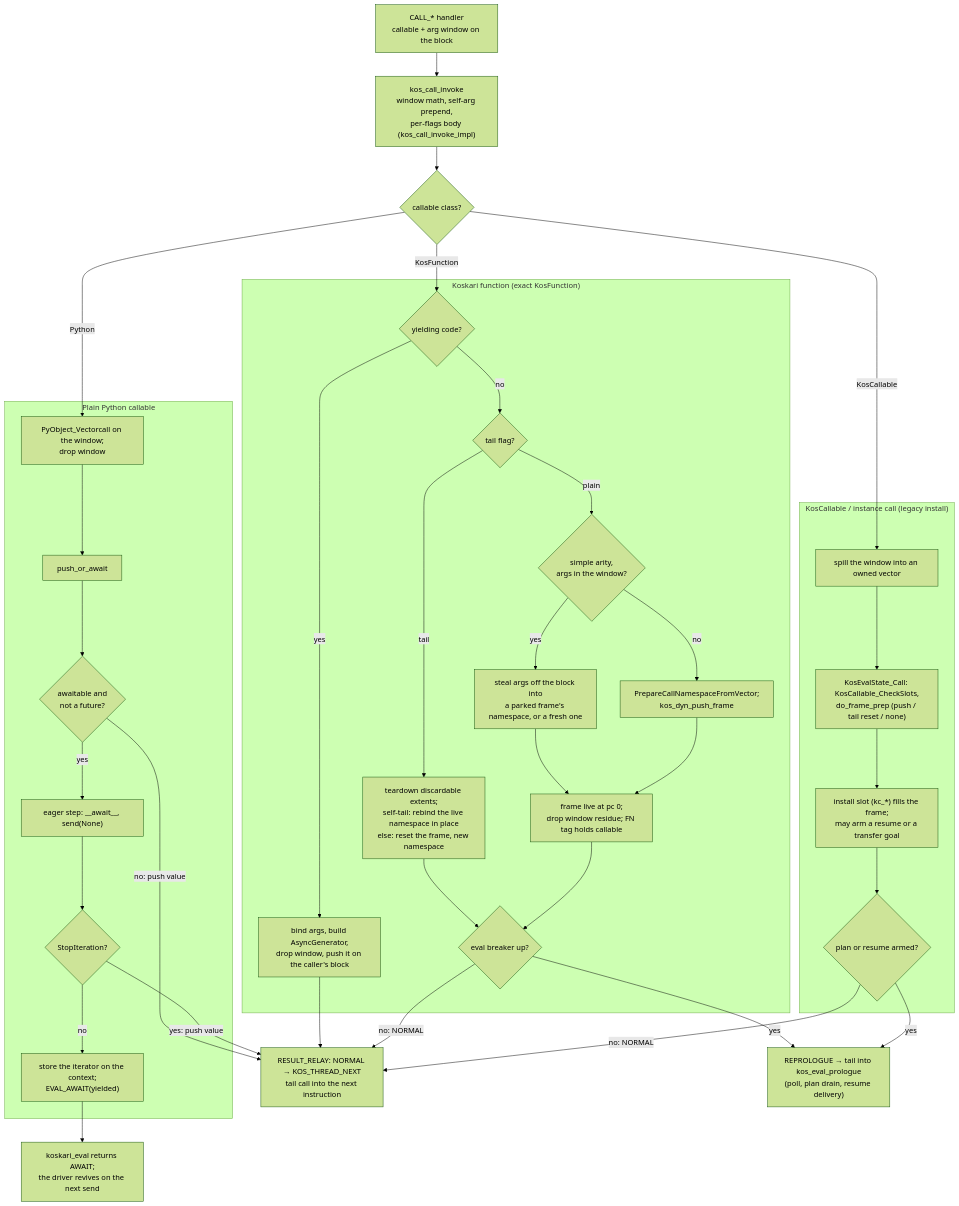
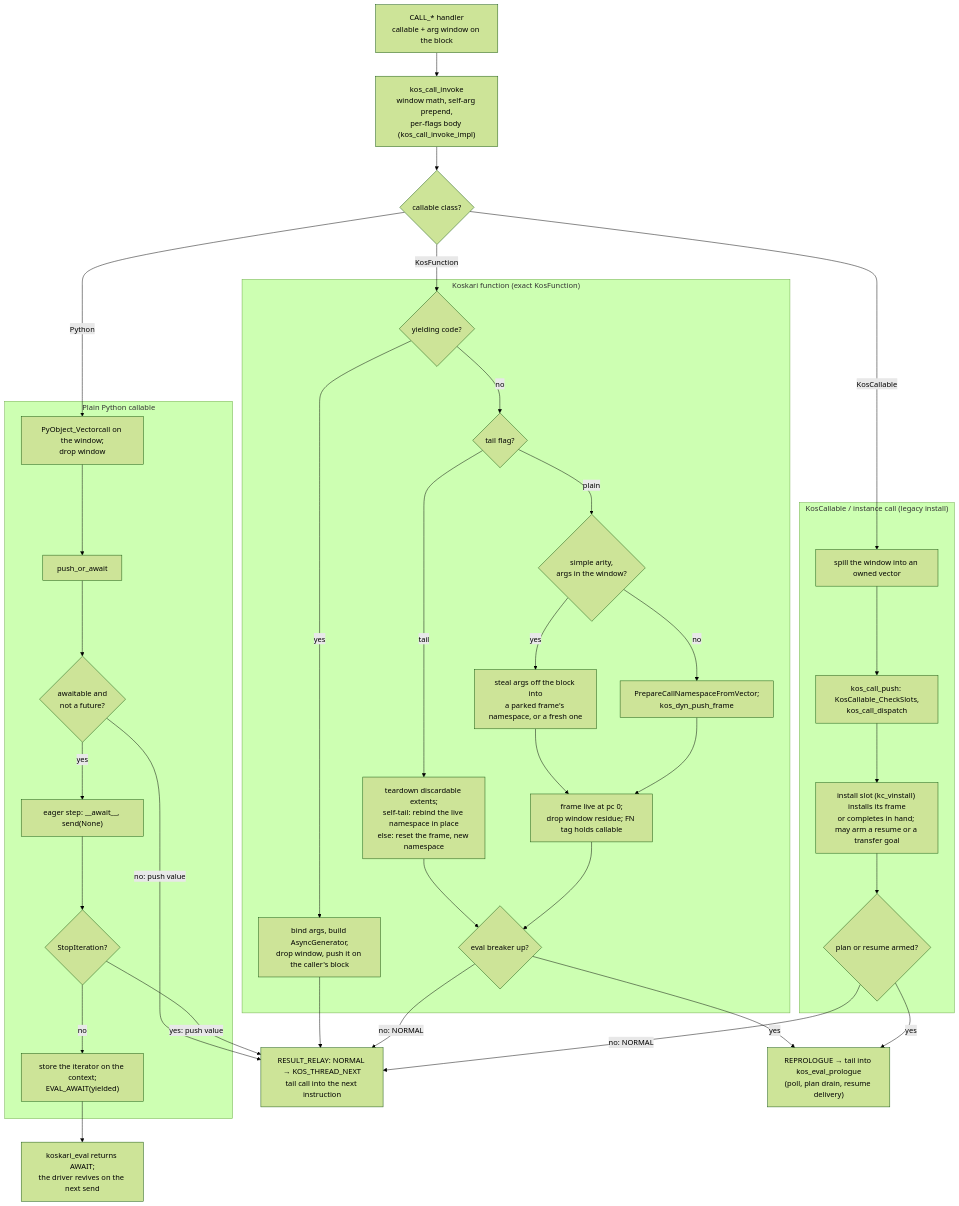
One commit to koskari-lang/koskari changed diagram 11 of 12 in design/EVALUATOR.md. Above: the diagram before and after it, drawn with Mermaid (forest theme). The commit also changed other lines of this file and 5 other files, not shown here.

````diff
--- a/design/EVALUATOR.md
+++ b/design/EVALUATOR.md
@@ -1165,60 +1166,60 @@
 ```mermaid
 flowchart TD
     op["CALL_* handler<br/>callable + arg window on the block"]
     inv["kos_call_invoke<br/>window math, self-arg prepend,<br/>per-flags body (kos_call_invoke_impl)"]
     cls{"callable class?"}
 
     subgraph kos["Koskari function (exact KosFunction)"]
         gen{"yielding code?"}
         agen["bind args, build AsyncGenerator,<br/>drop window, push it on the caller's block"]
         arity{"tail flag?"}
         tail["teardown discardable extents;<br/>self-tail: rebind the live namespace in place<br/>else: reset the frame, new namespace"]
         simple{"simple arity,<br/>args in the window?"}
         steal["steal args off the block into<br/>a parked frame's namespace, or a fresh one"]
         general["PrepareCallNamespaceFromVector;<br/>kos_dyn_push_frame"]
         inst["frame live at pc 0;<br/>drop window residue; FN tag holds callable"]
         coop{"eval breaker up?"}
     end
 
     subgraph py["Plain Python callable"]
         vc["PyObject_Vectorcall on the window;<br/>drop window"]
         poa["push_or_await"]
         aw{"awaitable and<br/>not a future?"}
         eager["eager step: __await__, send(None)"]
         done{"StopIteration?"}
         susp["store the iterator on the context;<br/>EVAL_AWAIT(yielded)"]
     end
 
     subgraph legacy["KosCallable / instance call (legacy install)"]
         spill["spill the window into an owned vector"]
-        kcall["KosEvalState_Call: KosCallable_CheckSlots,<br/>do_frame_prep (push / tail reset / none)"]
-        slot["install slot (kc_*) fills the frame;<br/>may arm a resume or a transfer goal"]
+        kcall["kos_call_push: KosCallable_CheckSlots,<br/>kos_call_dispatch"]
+        slot["install slot (kc_vinstall) installs its frame<br/>or completes in hand; may arm a resume or a transfer goal"]
         armed{"plan or resume armed?"}
     end
 
     relay["RESULT_RELAY: NORMAL → KOS_THREAD_NEXT<br/>tail call into the next instruction"]
     repro["REPROLOGUE → tail into kos_eval_prologue<br/>(poll, plan drain, resume delivery)"]
     exit["koskari_eval returns AWAIT;<br/>the driver revives on the next send"]
 
     op --> inv --> cls
     cls -->|KosFunction| gen
     gen -->|yes| agen --> relay
     gen -->|no| arity
     arity -->|tail| tail --> coop
     arity -->|plain| simple
     simple -->|yes| steal --> inst
     simple -->|no| general --> inst
     inst --> coop
     coop -->|no: NORMAL| relay
     coop -->|yes| repro
 
     cls -->|Python| vc --> poa --> aw
     aw -->|no: push value| relay
     aw -->|yes| eager --> done
     done -->|yes: push value| relay
     done -->|no| susp --> exit
 
     cls -->|KosCallable| spill --> kcall --> slot --> armed
     armed -->|no: NORMAL| relay
     armed -->|yes| repro
 ```
````
